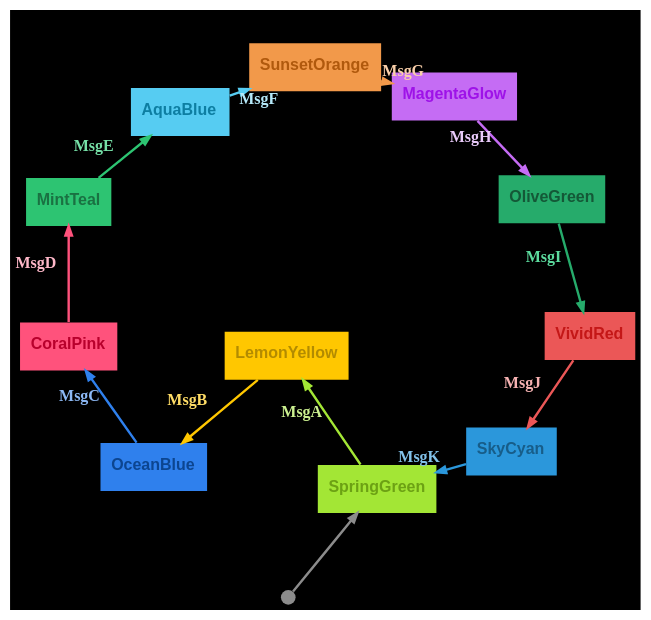
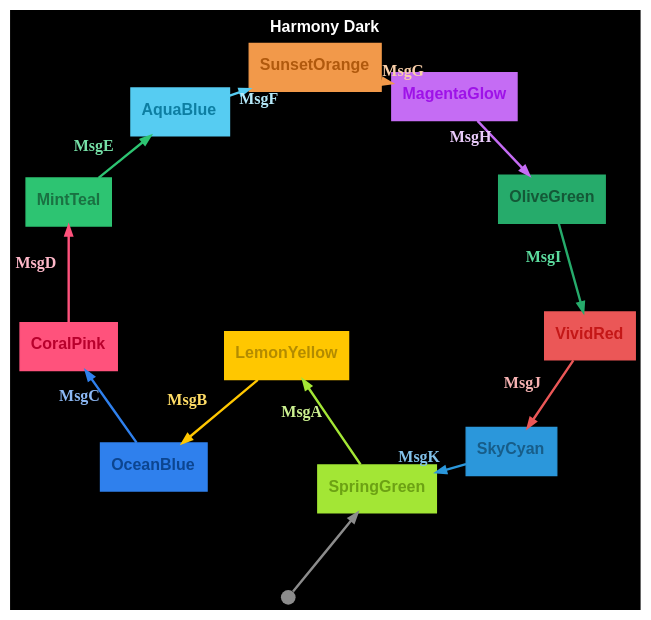
One commit to m-bock/purescript-transit changed the diagram in graphs/themes/harmony-dark.dot. Above: the diagram before and after it, drawn with Graphviz. The commit also changed 25 other files, not shown here.

Commit message:
Refactor graph definitions to enhance visual consistency by updating color attributes for nodes and edges across various dot and svg files. Adjust pen widths and color settings in the Door, Color Ring, and House of Santa Claus examples for improved clarity and aesthetics.

```diff
--- a/graphs/themes/harmony-dark.dot
+++ b/graphs/themes/harmony-dark.dot
@@ -1,29 +1,29 @@
 digraph 
 {
-rankdir = "TD";fontname = "Arial";label = <<b>Harmony Dark</b>>;labelloc = "t";fontsize = 12;bgcolor = "#000000"
+rankdir = "TD";fontname = "Arial";label = <<b>Harmony Dark</b>>;labelloc = "t";fontsize = 12;bgcolor = "#000000";fontcolor = "#ffffff"
 graph [layout=sfdp;overlap=false, K=2.5, repulsiveforce=4, splines=true];
-SpringGreen [shape = "box", label = <<b>SpringGreen</b>>, fontsize = 12, style = "filled", fillcolor = "#a3e635", fontcolor = "#6ca114", fontname = "Arial", labelloc = "c", penwidth = 0.0]
+SpringGreen [shape = "box", label = <<b>SpringGreen</b>>, fontsize = 12, style = "filled", fillcolor = "#a3e635", fontcolor = "#6ca114", color = "#a3e635", fontname = "Arial", labelloc = "c", penwidth = 1.0]
 __Start__ [shape = "circle", label = "", width = 0.15, height = 0.15, fixedsize = true, style = "filled", fillcolor = "#8c8c8c", penwidth = 0.0]
 __Start__ -> SpringGreen [color = "#8c8c8c", fontsize = 12, arrowsize = "0.7", penwidth = 1.8]
 SpringGreen -> LemonYellow [color = "#a3e635", fontcolor = "#ccf190", fontsize = 12, arrowsize = "0.7", label = <<b>MsgA</b>>, penwidth = 1.8]
-LemonYellow [shape = "box", label = <<b>LemonYellow</b>>, fontsize = 12, style = "filled", fillcolor = "#ffc700", fontcolor = "#b38b00", fontname = "Arial", labelloc = "c", penwidth = 0.0]
+LemonYellow [shape = "box", label = <<b>LemonYellow</b>>, fontsize = 12, style = "filled", fillcolor = "#ffc700", fontcolor = "#b38b00", color = "#ffc700", fontname = "Arial", labelloc = "c", penwidth = 1.0]
 LemonYellow -> OceanBlue [color = "#ffc700", fontcolor = "#ffdd66", fontsize = 12, arrowsize = "0.7", label = <<b>MsgB</b>>, penwidth = 1.8]
-OceanBlue [shape = "box", label = <<b>OceanBlue</b>>, fontsize = 12, style = "filled", fillcolor = "#2f80ed", fontcolor = "#0c4590", fontname = "Arial", labelloc = "c", penwidth = 0.0]
+OceanBlue [shape = "box", label = <<b>OceanBlue</b>>, fontsize = 12, style = "filled", fillcolor = "#2f80ed", fontcolor = "#0c4590", color = "#2f80ed", fontname = "Arial", labelloc = "c", penwidth = 1.0]
 OceanBlue -> CoralPink [color = "#2f80ed", fontcolor = "#8db9f5", fontsize = 12, arrowsize = "0.7", label = <<b>MsgC</b>>, penwidth = 1.8]
-CoralPink [shape = "box", label = <<b>CoralPink</b>>, fontsize = 12, style = "filled", fillcolor = "#ff527c", fontcolor = "#b8002c", fontname = "Arial", labelloc = "c", penwidth = 0.0]
+CoralPink [shape = "box", label = <<b>CoralPink</b>>, fontsize = 12, style = "filled", fillcolor = "#ff527c", fontcolor = "#b8002c", color = "#ff527c", fontname = "Arial", labelloc = "c", penwidth = 1.0]
 CoralPink -> MintTeal [color = "#ff527c", fontcolor = "#ffb8c9", fontsize = 12, arrowsize = "0.7", label = <<b>MsgD</b>>, penwidth = 1.8]
-MintTeal [shape = "box", label = <<b>MintTeal</b>>, fontsize = 12, style = "filled", fillcolor = "#2dc472", fontcolor = "#1a7142", fontname = "Arial", labelloc = "c", penwidth = 0.0]
+MintTeal [shape = "box", label = <<b>MintTeal</b>>, fontsize = 12, style = "filled", fillcolor = "#2dc472", fontcolor = "#1a7142", color = "#2dc472", fontname = "Arial", labelloc = "c", penwidth = 1.0]
 MintTeal -> AquaBlue [color = "#2dc472", fontcolor = "#76e0a7", fontsize = 12, arrowsize = "0.7", label = <<b>MsgE</b>>, penwidth = 1.8]
-AquaBlue [shape = "box", label = <<b>AquaBlue</b>>, fontsize = 12, style = "filled", fillcolor = "#56ccf2", fontcolor = "#0d7ea2", fontname = "Arial", labelloc = "c", penwidth = 0.0]
+AquaBlue [shape = "box", label = <<b>AquaBlue</b>>, fontsize = 12, style = "filled", fillcolor = "#56ccf2", fontcolor = "#0d7ea2", color = "#56ccf2", fontname = "Arial", labelloc = "c", penwidth = 1.0]
 AquaBlue -> SunsetOrange [color = "#56ccf2", fontcolor = "#b5e9f9", fontsize = 12, arrowsize = "0.7", label = <<b>MsgF</b>>, penwidth = 1.8]
-SunsetOrange [shape = "box", label = <<b>SunsetOrange</b>>, fontsize = 12, style = "filled", fillcolor = "#f2994a", fontcolor = "#b0590d", fontname = "Arial", labelloc = "c", penwidth = 0.0]
+SunsetOrange [shape = "box", label = <<b>SunsetOrange</b>>, fontsize = 12, style = "filled", fillcolor = "#f2994a", fontcolor = "#b0590d", color = "#f2994a", fontname = "Arial", labelloc = "c", penwidth = 1.0]
 SunsetOrange -> MagentaGlow [color = "#f2994a", fontcolor = "#f9cfa9", fontsize = 12, arrowsize = "0.7", label = <<b>MsgG</b>>, penwidth = 1.8]
-MagentaGlow [shape = "box", label = <<b>MagentaGlow</b>>, fontsize = 12, style = "filled", fillcolor = "#c56cf4", fontcolor = "#9e12e8", fontname = "Arial", labelloc = "c", penwidth = 0.0]
+MagentaGlow [shape = "box", label = <<b>MagentaGlow</b>>, fontsize = 12, style = "filled", fillcolor = "#c56cf4", fontcolor = "#9e12e8", color = "#c56cf4", fontname = "Arial", labelloc = "c", penwidth = 1.0]
 MagentaGlow -> OliveGreen [color = "#c56cf4", fontcolor = "#eacbfb", fontsize = 12, arrowsize = "0.7", label = <<b>MsgH</b>>, penwidth = 1.8]
-OliveGreen [shape = "box", label = <<b>OliveGreen</b>>, fontsize = 12, style = "filled", fillcolor = "#26ab6b", fontcolor = "#145837", fontname = "Arial", labelloc = "c", penwidth = 0.0]
+OliveGreen [shape = "box", label = <<b>OliveGreen</b>>, fontsize = 12, style = "filled", fillcolor = "#26ab6b", fontcolor = "#145837", color = "#26ab6b", fontname = "Arial", labelloc = "c", penwidth = 1.0]
 OliveGreen -> VividRed [color = "#26ab6b", fontcolor = "#5cdb9e", fontsize = 12, arrowsize = "0.7", label = <<b>MsgI</b>>, penwidth = 1.8]
-VividRed [shape = "box", label = <<b>VividRed</b>>, fontsize = 12, style = "filled", fillcolor = "#eb5757", fontcolor = "#c41717", fontname = "Arial", labelloc = "c", penwidth = 0.0]
+VividRed [shape = "box", label = <<b>VividRed</b>>, fontsize = 12, style = "filled", fillcolor = "#eb5757", fontcolor = "#c41717", color = "#eb5757", fontname = "Arial", labelloc = "c", penwidth = 1.0]
 VividRed -> SkyCyan [color = "#eb5757", fontcolor = "#f6b2b2", fontsize = 12, arrowsize = "0.7", label = <<b>MsgJ</b>>, penwidth = 1.8]
-SkyCyan [shape = "box", label = <<b>SkyCyan</b>>, fontsize = 12, style = "filled", fillcolor = "#2b97db", fontcolor = "#175d89", fontname = "Arial", labelloc = "c", penwidth = 0.0]
+SkyCyan [shape = "box", label = <<b>SkyCyan</b>>, fontsize = 12, style = "filled", fillcolor = "#2b97db", fontcolor = "#175d89", color = "#2b97db", fontname = "Arial", labelloc = "c", penwidth = 1.0]
 SkyCyan -> SpringGreen [color = "#2b97db", fontcolor = "#82c2ea", fontsize = 12, arrowsize = "0.7", label = <<b>MsgK</b>>, penwidth = 1.8]
 }
```
